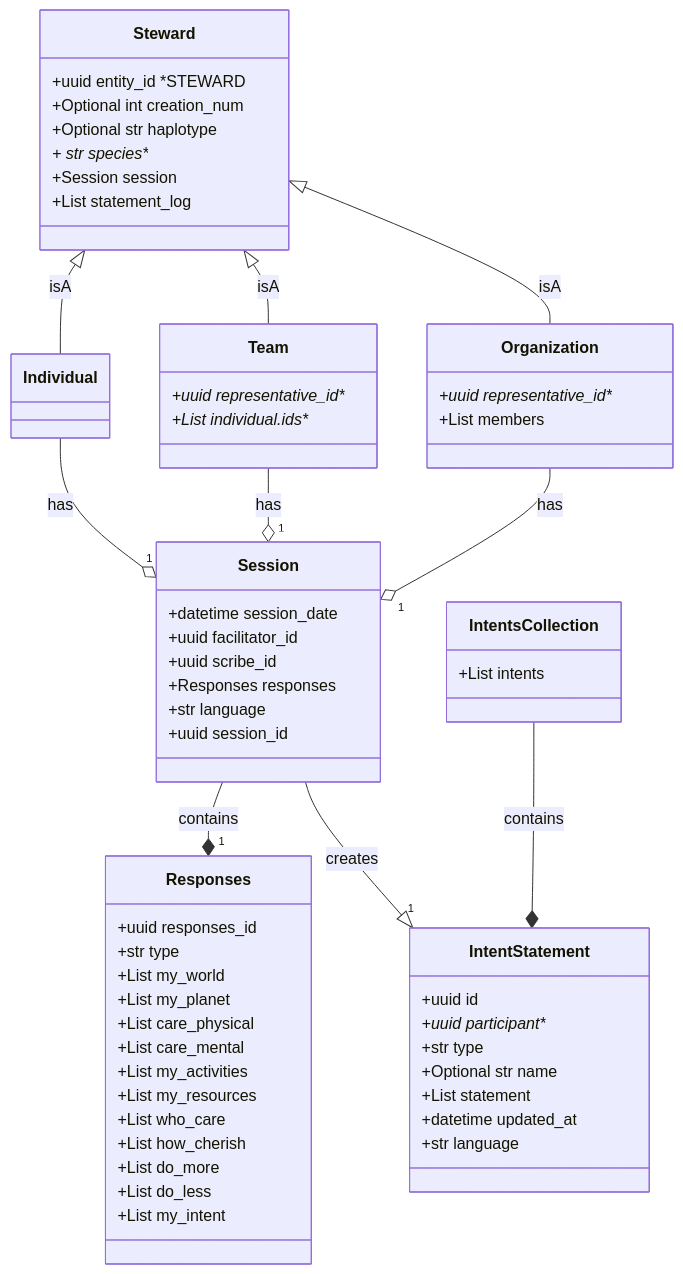
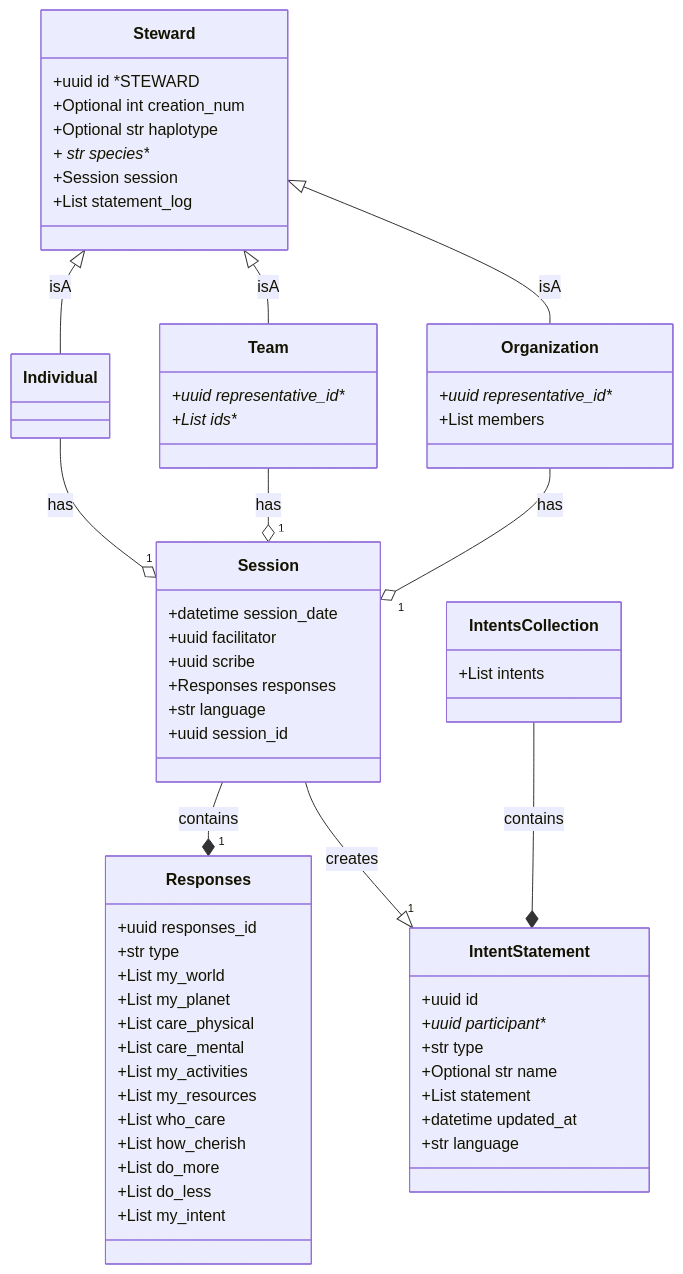
One commit to drew-wks/intent-for-the-planet changed the diagram in docs/data_models_diagram.md. Above: the diagram before and after it, drawn with Mermaid.

````diff
--- a/docs/data_models_diagram.md
+++ b/docs/data_models_diagram.md
@@ -5,66 +5,66 @@
 ```mermaid
 classDiagram
     class Steward {
-        +uuid entity_id *STEWARD
+        +uuid id *STEWARD
         +Optional int creation_num
         +Optional str haplotype
         + str species**
         +Session session
         +List statement_log
     }
     class Individual {
     }
     class Team {
         +uuid representative_id**
-        +List individual.ids**
+        +List ids**
     }
     class Organization {
         +uuid representative_id**
         +List members
     }
     class Session {
         +datetime session_date
-        +uuid facilitator_id
-        +uuid scribe_id
+        +uuid facilitator
+        +uuid scribe
         +Responses responses
         +str language
         +uuid session_id
     }
     class Responses {
         +uuid responses_id
         +str type
         +List my_world
         +List my_planet
         +List care_physical
         +List care_mental
         +List my_activities
         +List my_resources
         +List who_care
         +List how_cherish
         +List do_more
         +List do_less
         +List my_intent
     }
     class IntentStatement {
         +uuid id
         +uuid participant**
         +str type
         +Optional str name
         +List statement
         +datetime updated_at
         +str language
     }
     class IntentsCollection {
         +List intents
     }
     IntentsCollection --* IntentStatement : contains
     Session --* "1" Responses : contains
     Steward <|-- Individual : isA
     Steward <|-- Team : isA
     Steward <|-- Organization : isA
     Session--|> "1" IntentStatement : creates
     Individual --o "1" Session : has
     Team --o "1" Session : has
     Organization --o "1" Session : has
 
 ```
````
